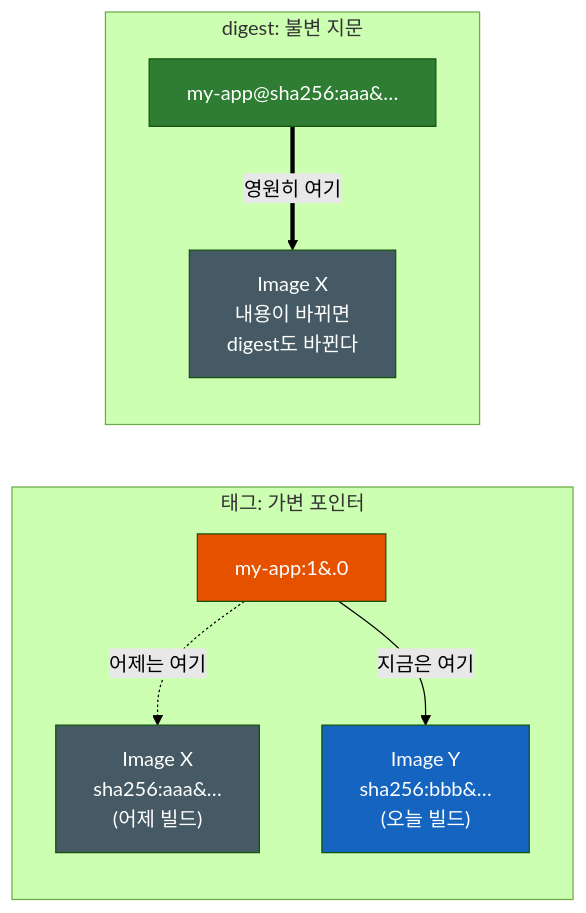
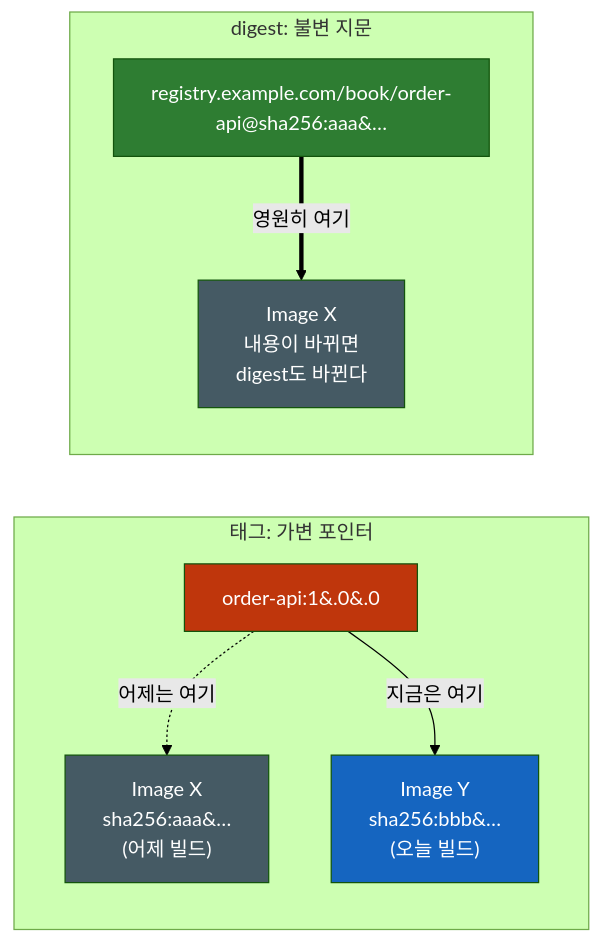
Before and after one commit to sskim91/TIL: the second of 3 diagrams in kubernetes/Kubernetes-Image-Tag-Digest.md, drawn with Mermaid (forest theme). The commit also changed other lines of this file and 39 other files, not shown here.

````diff
--- a/kubernetes/Kubernetes-Image-Tag-Digest.md
+++ b/kubernetes/Kubernetes-Image-Tag-Digest.md
@@ -66,21 +65,21 @@
 ```mermaid
 flowchart LR
     subgraph tagside["태그: 가변 포인터"]
-        t["my-app:1&#46;0"]
+        t["order-api:1&#46;0&#46;0"]
         i1["Image X<br>sha256:aaa&#8230;<br>(어제 빌드)"]
         i2["Image Y<br>sha256:bbb&#8230;<br>(오늘 빌드)"]
         t -.->|"어제는 여기"| i1
         t -->|"지금은 여기"| i2
     end
 
     subgraph digestside["digest: 불변 지문"]
-        d["my-app@sha256:aaa&#8230;"]
+        d["registry.example.com/book/order-api@sha256:aaa&#8230;"]
         d ==>|"영원히 여기"| i1b["Image X<br>내용이 바뀌면<br>digest도 바뀐다"]
     end
 
-    style t fill:#E65100,color:#fff
+    style t fill:#BF360C,color:#fff
     style d fill:#2E7D32,color:#fff
     style i1 fill:#455A64,color:#fff
     style i2 fill:#1565C0,color:#fff
     style i1b fill:#455A64,color:#fff
 ```
````
